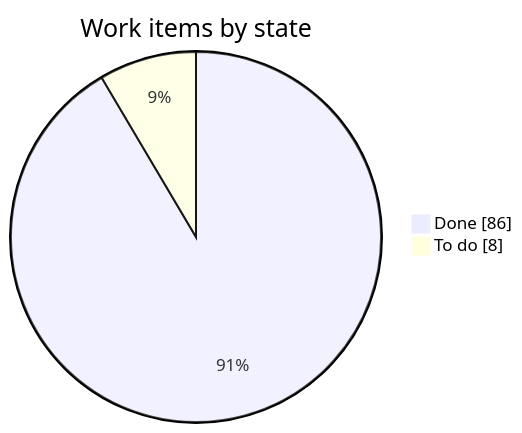
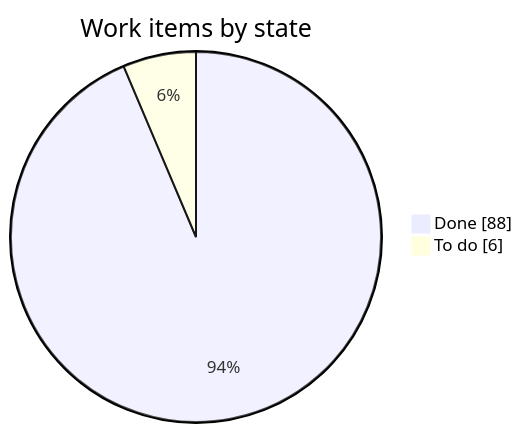
The first of 2 diagrams in STATUS.md (LoMagnette/ghost-light), drawn with Mermaid before and after one commit. The commit also changed other lines of this file, not shown here.

Commit message:
docs(status): the phone check and the people's lines, done by the author

````diff
--- a/STATUS.md
+++ b/STATUS.md
@@ -39,6 +39,6 @@
 ```mermaid
 pie showData
     title Work items by state
-    "Done" : 86
-    "To do" : 8
+    "Done" : 88
+    "To do" : 6
 ```
````
